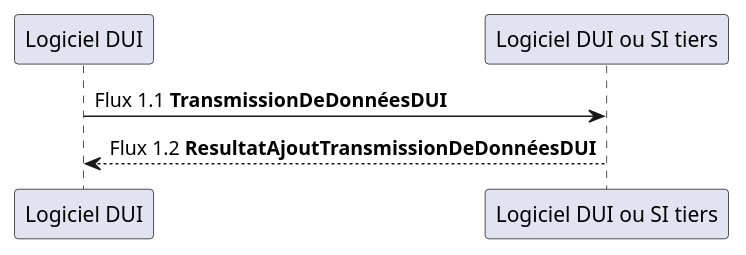
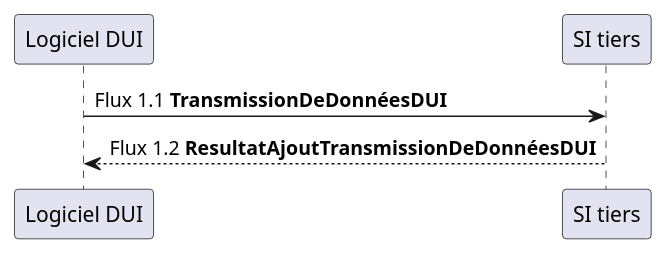
Before and after one commit to ansforge/IG-fhir-medicosocial-transfert-donnees-dui: the diagram in input/images-source/flux1.plantuml, drawn with PlantUML. The commit also changed 3 other files, not shown here.

```diff
--- a/input/images-source/flux1.plantuml
+++ b/input/images-source/flux1.plantuml
@@ -1,6 +1,6 @@
 @startuml
 
-"Logiciel DUI" -> "Logiciel DUI ou SI tiers" : Flux 1.1 **TransmissionDeDonnéesDUI**
-"Logiciel DUI" <-- "Logiciel DUI ou SI tiers" : Flux 1.2 **ResultatAjoutTransmissionDeDonnéesDUI**
+"Logiciel DUI" -> "SI tiers" : Flux 1.1 **TransmissionDeDonnéesDUI**
+"Logiciel DUI" <-- "SI tiers" : Flux 1.2 **ResultatAjoutTransmissionDeDonnéesDUI**
 
 @enduml
```
